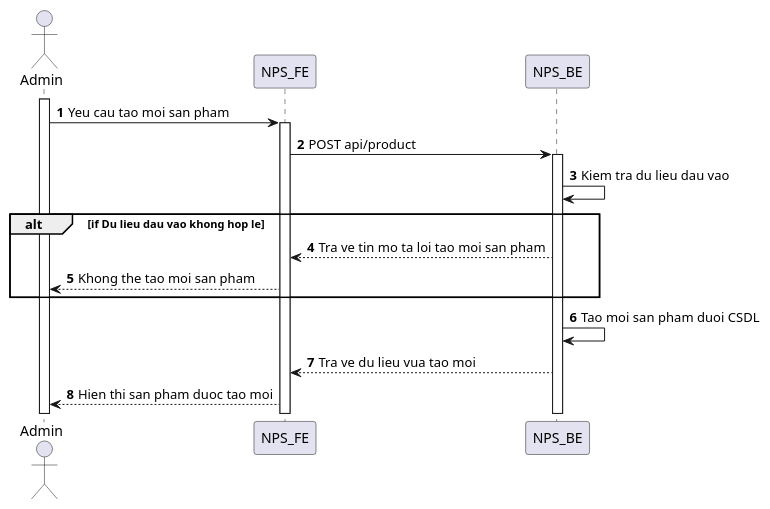
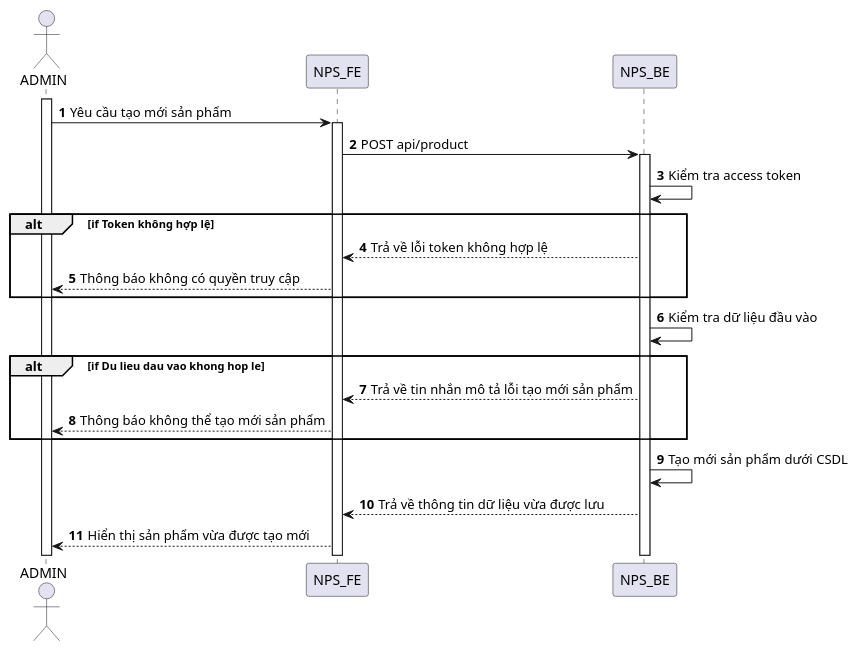
One commit to congdanh0101/fast-food changed the diagram in SequenceDiagram/Product/create-product.puml. Above: the diagram before and after it, drawn with PlantUML. The commit also changed 144 other files, not shown here.

Commit message:
update seq diagram

```diff
--- a/SequenceDiagram/Product/create-product.puml
+++ b/SequenceDiagram/Product/create-product.puml
@@ -1,24 +1,30 @@
 @startuml
 autonumber
-actor Admin
+actor ADMIN
 
-activate Admin
+activate ADMIN
 
-Admin -> NPS_FE: Yeu cau tao moi san pham
+ADMIN -> NPS_FE: Yêu cầu tạo mới sản phẩm
 activate NPS_FE
 
 NPS_FE -> NPS_BE: POST api/product
 activate NPS_BE
 
-NPS_BE -> NPS_BE: Kiem tra du lieu dau vao
+NPS_BE -> NPS_BE: Kiểm tra access token
+
+alt if Token không hợp lệ
+NPS_BE --> NPS_FE: Trả về lỗi token không hợp lệ
+NPS_FE --> ADMIN: Thông báo không có quyền truy cập
+end
+NPS_BE -> NPS_BE: Kiểm tra dữ liệu đầu vào
 
 alt if Du lieu dau vao khong hop le
-NPS_BE --> NPS_FE: Tra ve tin mo ta loi tao moi san pham
-NPS_FE --> Admin: Khong the tao moi san pham
+NPS_BE --> NPS_FE: Trả về tin nhắn mô tả lỗi tạo mới sản phẩm
+NPS_FE --> ADMIN: Thông báo không thể tạo mới sản phẩm
 end
 
-NPS_BE->NPS_BE: Tao moi san pham duoi CSDL
-NPS_BE --> NPS_FE: Tra ve du lieu vua tao moi
-NPS_FE --> Admin: Hien thi san pham duoc tao moi
+NPS_BE->NPS_BE: Tạo mới sản phẩm dưới CSDL
+NPS_BE --> NPS_FE: Trả về thông tin dữ liệu vừa được lưu
+NPS_FE --> ADMIN: Hiển thị sản phẩm vừa được tạo mới
 
 @enduml
```
